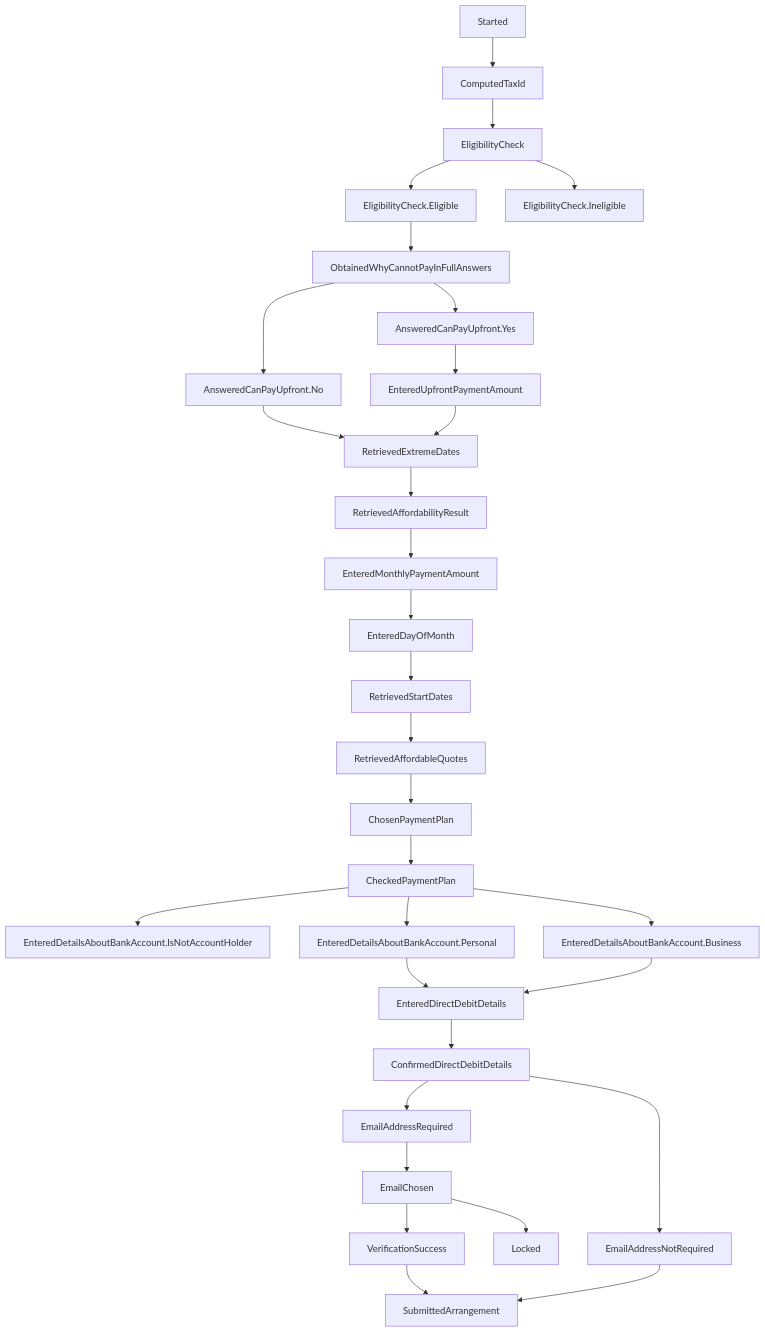
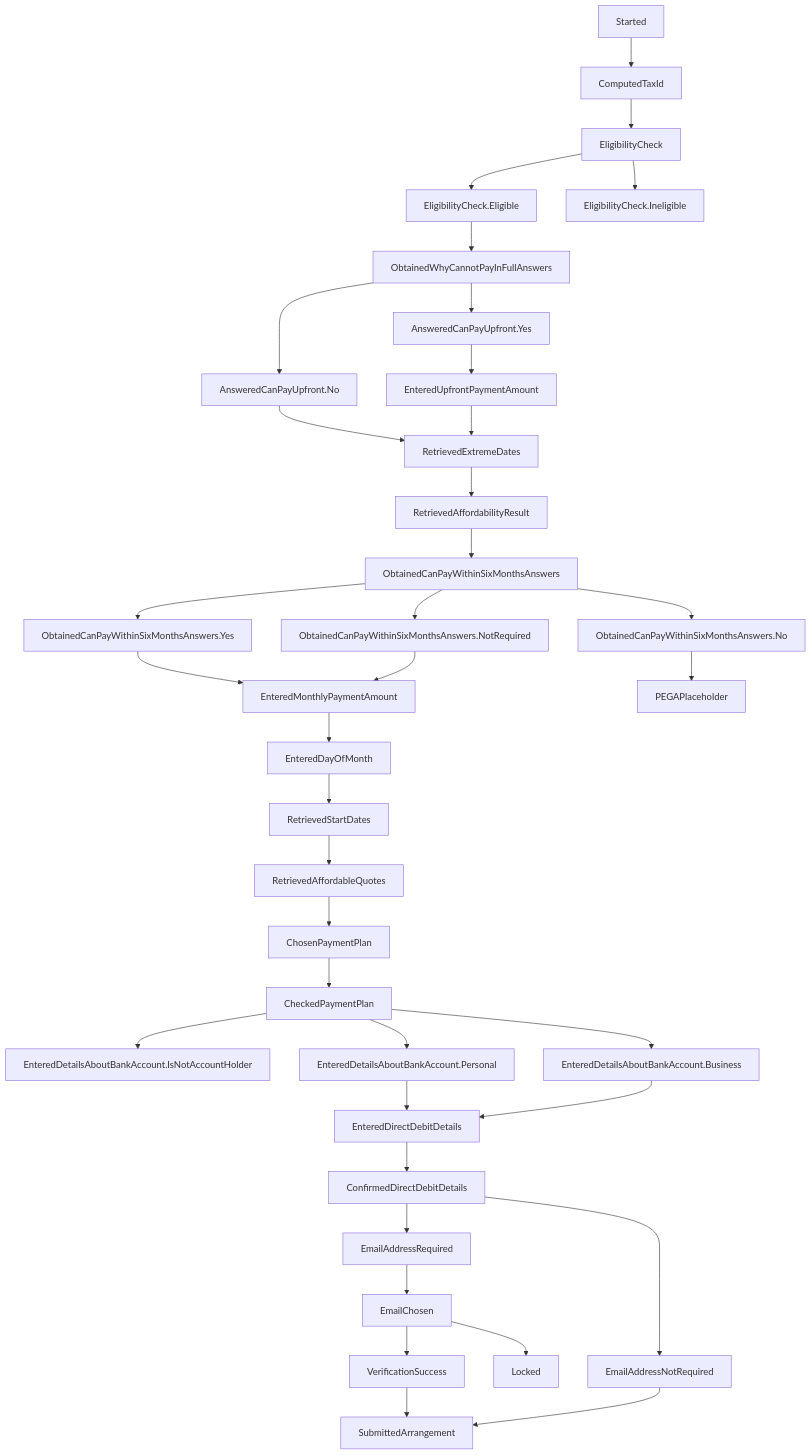
One commit to hmrc/essttp-backend changed the diagram in README.md. Above: the diagram before and after it, drawn with Mermaid. The commit also changed 37 other files, not shown here.

Commit message:
[AC][OPS-12450] add CanPayWithinSixMonths to journey (#161)

````diff
--- a/README.md
+++ b/README.md
@@ -38,32 +38,38 @@
 ```mermaid
 graph TD;
     Started --> ComputedTaxId;
     ComputedTaxId --> EligibilityCheck;
     EligibilityCheck --> EligibilityCheck.Eligible;
     EligibilityCheck --> EligibilityCheck.Ineligible;
     EligibilityCheck.Eligible --> ObtainedWhyCannotPayInFullAnswers;
     ObtainedWhyCannotPayInFullAnswers --> AnsweredCanPayUpfront.Yes;
     ObtainedWhyCannotPayInFullAnswers --> AnsweredCanPayUpfront.No;
     AnsweredCanPayUpfront.No --> RetrievedExtremeDates;
     AnsweredCanPayUpfront.Yes --> EnteredUpfrontPaymentAmount --> RetrievedExtremeDates;
     RetrievedExtremeDates --> RetrievedAffordabilityResult;
-    RetrievedAffordabilityResult --> EnteredMonthlyPaymentAmount;
+    RetrievedAffordabilityResult --> ObtainedCanPayWithinSixMonthsAnswers;
+    ObtainedCanPayWithinSixMonthsAnswers --> ObtainedCanPayWithinSixMonthsAnswers.Yes;
+    ObtainedCanPayWithinSixMonthsAnswers --> ObtainedCanPayWithinSixMonthsAnswers.No;
+    ObtainedCanPayWithinSixMonthsAnswers --> ObtainedCanPayWithinSixMonthsAnswers.NotRequired;
+    ObtainedCanPayWithinSixMonthsAnswers.Yes --> EnteredMonthlyPaymentAmount;
+    ObtainedCanPayWithinSixMonthsAnswers.No --> PEGAPlaceholder;
+    ObtainedCanPayWithinSixMonthsAnswers.NotRequired --> EnteredMonthlyPaymentAmount;
     EnteredMonthlyPaymentAmount --> EnteredDayOfMonth;
     EnteredDayOfMonth --> RetrievedStartDates;
     RetrievedStartDates --> RetrievedAffordableQuotes;
     RetrievedAffordableQuotes --> ChosenPaymentPlan;
     ChosenPaymentPlan --> CheckedPaymentPlan;
     CheckedPaymentPlan --> EnteredDetailsAboutBankAccount.IsNotAccountHolder;
     CheckedPaymentPlan --> EnteredDetailsAboutBankAccount.Personal;
     CheckedPaymentPlan --> EnteredDetailsAboutBankAccount.Business;
     EnteredDetailsAboutBankAccount.Personal --> EnteredDirectDebitDetails;
     EnteredDetailsAboutBankAccount.Business --> EnteredDirectDebitDetails;
     EnteredDirectDebitDetails --> ConfirmedDirectDebitDetails;
     ConfirmedDirectDebitDetails --> EmailAddressRequired;
     ConfirmedDirectDebitDetails --> EmailAddressNotRequired;
     EmailAddressRequired --> EmailChosen;
     EmailChosen --> Locked;
     EmailChosen --> VerificationSuccess;
     VerificationSuccess --> SubmittedArrangement;
     EmailAddressNotRequired --> SubmittedArrangement;
 ```
````
